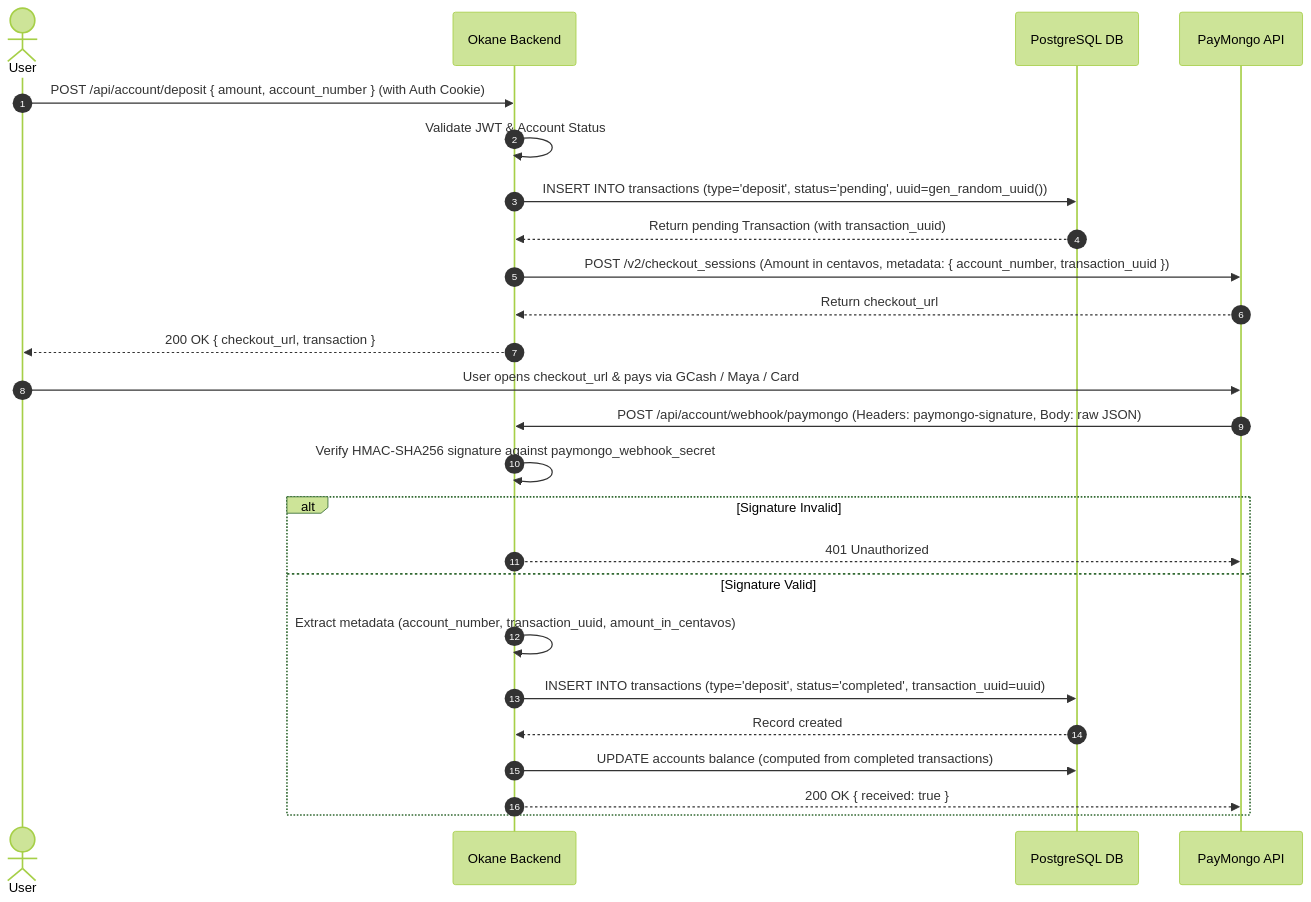
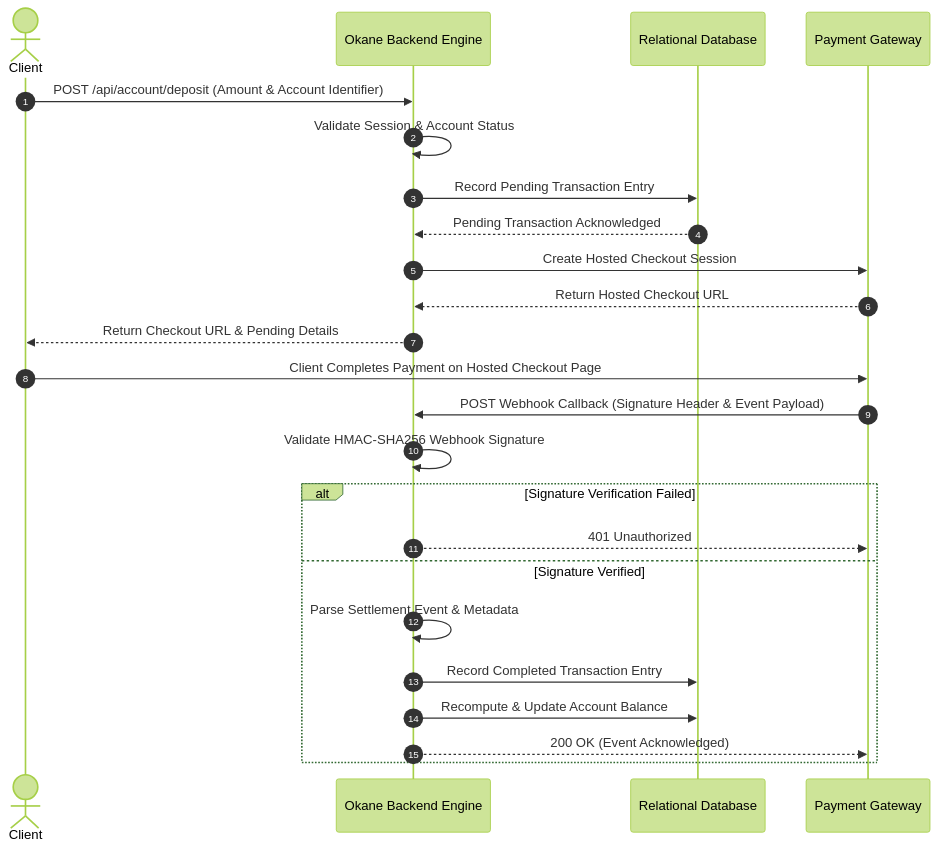
One commit to SioPauwiii/Okane-Financial-Ledger-And-Payment-Engine changed the first of 2 diagrams in README.md. Above: the diagram before and after it, drawn with Mermaid (forest theme). The commit also changed other lines of this file, not shown here.

````diff
--- a/README.md
+++ b/README.md
@@ -90,30 +88,29 @@
 ```mermaid
 sequenceDiagram
     autonumber
-    actor User
-    participant App as Okane Backend
-    participant DB as PostgreSQL DB
-    participant PM as PayMongo API
+    actor Client
+    participant App as Okane Backend Engine
+    participant DB as Relational Database
+    participant GW as Payment Gateway
 
-    User->>App: POST /api/account/deposit { amount, account_number } (with Auth Cookie)
-    App->>App: Validate JWT & Account Status
-    App->>DB: INSERT INTO transactions (type='deposit', status='pending', uuid=gen_random_uuid())
-    DB-->>App: Return pending Transaction (with transaction_uuid)
-    App->>PM: POST /v2/checkout_sessions (Amount in centavos, metadata: { account_number, transaction_uuid })
-    PM-->>App: Return checkout_url
-    App-->>User: 200 OK { checkout_url, transaction }
+    Client->>App: POST /api/account/deposit (Amount & Account Identifier)
+    App->>App: Validate Session & Account Status
+    App->>DB: Record Pending Transaction Entry
+    DB-->>App: Pending Transaction Acknowledged
+    App->>GW: Create Hosted Checkout Session
+    GW-->>App: Return Hosted Checkout URL
+    App-->>Client: Return Checkout URL & Pending Details
     
-    User->>PM: User opens checkout_url & pays via GCash / Maya / Card
-    PM->>App: POST /api/account/webhook/paymongo (Headers: paymongo-signature, Body: raw JSON)
+    Client->>GW: Client Completes Payment on Hosted Checkout Page
+    GW->>App: POST Webhook Callback (Signature Header & Event Payload)
     
-    App->>App: Verify HMAC-SHA256 signature against paymongo_webhook_secret
-    alt Signature Invalid
-        App-->>PM: 401 Unauthorized
-    else Signature Valid
-        App->>App: Extract metadata (account_number, transaction_uuid, amount_in_centavos)
-        App->>DB: INSERT INTO transactions (type='deposit', status='completed', transaction_uuid=uuid)
-        DB-->>App: Record created
-        App->>DB: UPDATE accounts balance (computed from completed transactions)
-        App-->>PM: 200 OK { received: true }
+    App->>App: Validate HMAC-SHA256 Webhook Signature
+    alt Signature Verification Failed
+        App-->>GW: 401 Unauthorized
+    else Signature Verified
+        App->>App: Parse Settlement Event & Metadata
+        App->>DB: Record Completed Transaction Entry
+        App->>DB: Recompute & Update Account Balance
+        App-->>GW: 200 OK (Event Acknowledged)
     end
 ```
````
